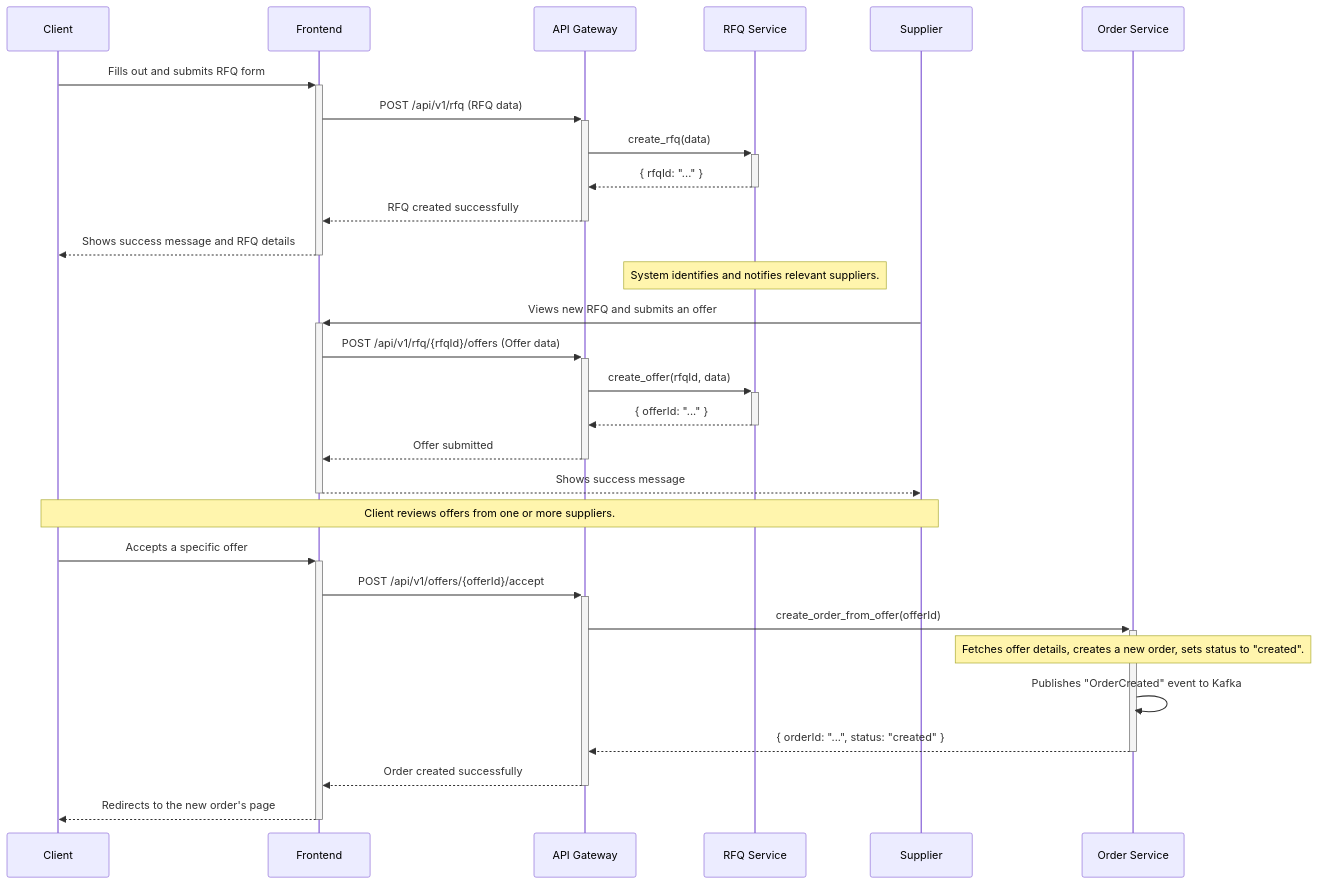
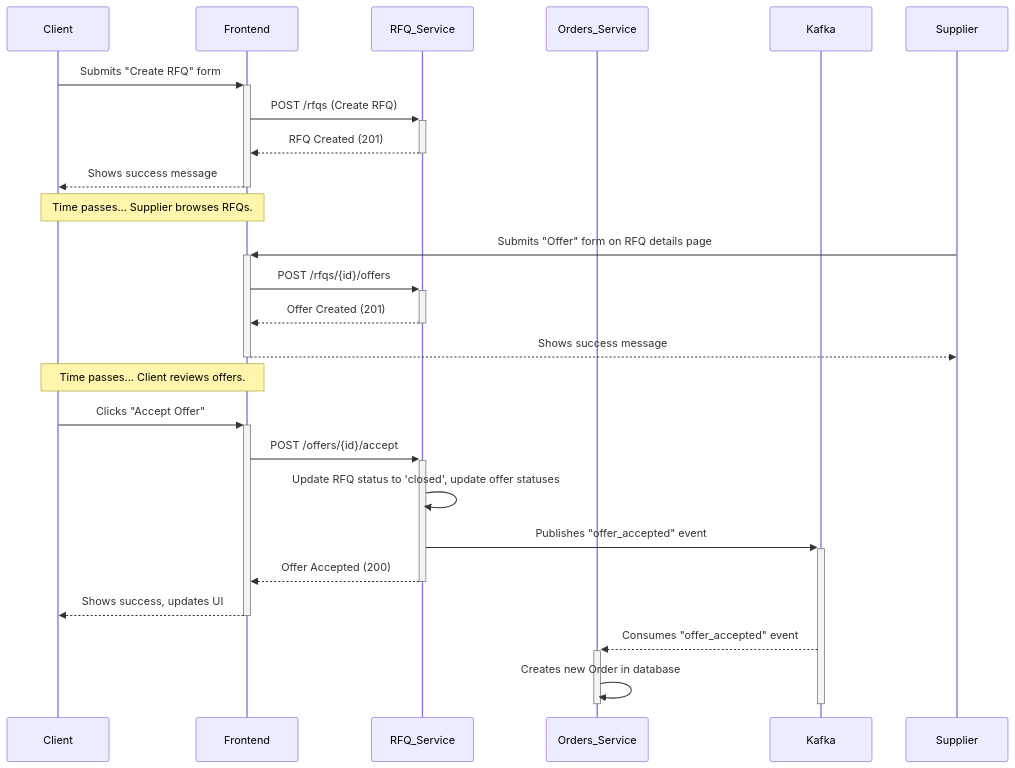
Before and after one commit to wizarding-anonymous/logistics: the first of 2 diagrams in docs/architecture/sequences.md, drawn with Mermaid. The commit also changed other lines of this file and 33 other files, not shown here.

````diff
--- a/docs/architecture/sequences.md
+++ b/docs/architecture/sequences.md
@@ -11,36 +9,35 @@
 ```mermaid
 sequenceDiagram
     participant Client
     participant Frontend
-    participant API Gateway
-    participant RFQ Service
+    participant RFQ_Service
+    participant Orders_Service
+    participant Kafka
+
+    Client->>+Frontend: Submits "Create RFQ" form
+    Frontend->>+RFQ_Service: POST /rfqs (Create RFQ)
+    RFQ_Service-->>-Frontend: RFQ Created (201)
+    Frontend-->>-Client: Shows success message
+
+    Note over Client, Frontend: Time passes... Supplier browses RFQs.
+
     participant Supplier
-    participant Order Service
-
-    Client->>+Frontend: Fills out and submits RFQ form
-    Frontend->>+API Gateway: POST /api/v1/rfq (RFQ data)
-    API Gateway->>+RFQ Service: create_rfq(data)
-    RFQ Service-->>-API Gateway: { rfqId: "..." }
-    API Gateway-->>-Frontend: RFQ created successfully
-    Frontend-->>-Client: Shows success message and RFQ details
-
-    Note over RFQ Service: System identifies and notifies relevant suppliers.
-
-    Supplier->>+Frontend: Views new RFQ and submits an offer
-    Frontend->>+API Gateway: POST /api/v1/rfq/{rfqId}/offers (Offer data)
-    API Gateway->>+RFQ Service: create_offer(rfqId, data)
-    RFQ Service-->>-API Gateway: { offerId: "..." }
-    API Gateway-->>-Frontend: Offer submitted
+    Supplier->>+Frontend: Submits "Offer" form on RFQ details page
+    Frontend->>+RFQ_Service: POST /rfqs/{id}/offers
+    RFQ_Service-->>-Frontend: Offer Created (201)
     Frontend-->>-Supplier: Shows success message
 
-    Note over Client, Supplier: Client reviews offers from one or more suppliers.
+    Note over Client, Frontend: Time passes... Client reviews offers.
 
-    Client->>+Frontend: Accepts a specific offer
-    Frontend->>+API Gateway: POST /api/v1/offers/{offerId}/accept
-    API Gateway->>+Order Service: create_order_from_offer(offerId)
-    Note over Order Service: Fetches offer details, creates a new order, sets status to "created".
-    Order Service->>Order Service: Publishes "OrderCreated" event to Kafka
-    Order Service-->>-API Gateway: { orderId: "...", status: "created" }
-    API Gateway-->>-Frontend: Order created successfully
-    Frontend-->>-Client: Redirects to the new order's page
+    Client->>+Frontend: Clicks "Accept Offer"
+    Frontend->>+RFQ_Service: POST /offers/{id}/accept
+    RFQ_Service->>RFQ_Service: Update RFQ status to 'closed', update offer statuses
+    RFQ_Service->>+Kafka: Publishes "offer_accepted" event
+    RFQ_Service-->>-Frontend: Offer Accepted (200)
+    Frontend-->>-Client: Shows success, updates UI
+
+    Kafka-->>+Orders_Service: Consumes "offer_accepted" event
+    Orders_Service->>Orders_Service: Creates new Order in database
+    deactivate Orders_Service
+    deactivate Kafka
 ```
````
